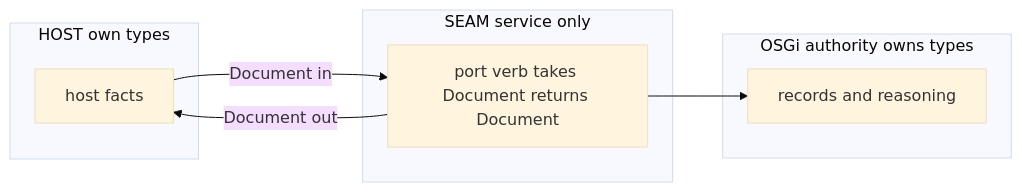
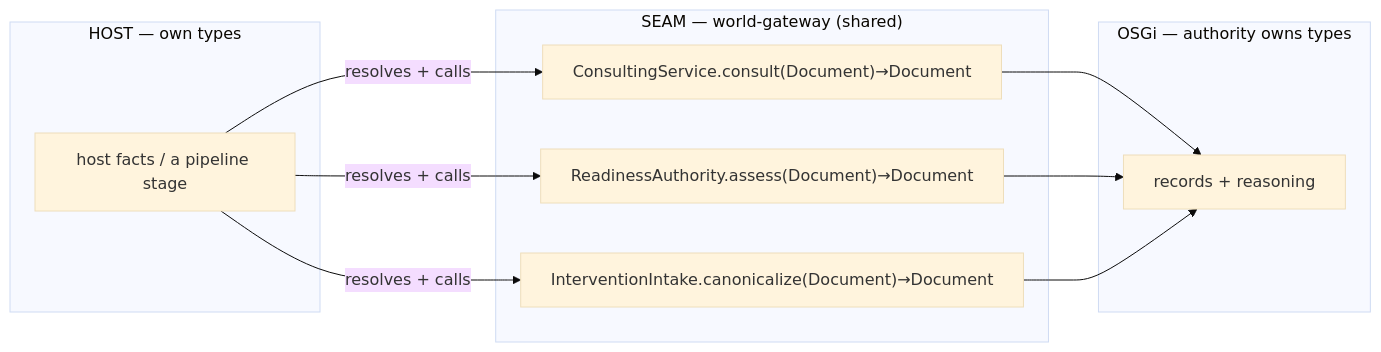
One commit to nxmatic/rke2lab changed the second of 7 diagrams in docs/architecture/osgi/world-gateway-spec.adoc. Above: the diagram before and after it, drawn with Mermaid (base theme). The commit also changed other lines of this file and 6 other files, not shown here.

```diff
--- a/docs/architecture/osgi/world-gateway-spec.adoc
+++ b/docs/architecture/osgi/world-gateway-spec.adoc
@@ -47,16 +89,21 @@
 [mermaid]
 ....
 flowchart LR
-  subgraph "HOST own types"
-    hm["host facts"]
+  subgraph host["HOST — own types"]
+    hm["host facts / a pipeline stage"]
   end
-  subgraph "SEAM service only"
-    svc["port verb takes Document returns Document"]
+  subgraph seam["SEAM — world-gateway (shared)"]
+    ca["ConsultingService.consult(Document)→Document"]
+    ra["ReadinessAuthority.assess(Document)→Document"]
+    ii["InterventionIntake.canonicalize(Document)→Document"]
   end
-  subgraph "OSGi authority owns types"
-    om["records and reasoning"]
+  subgraph osgi["OSGi — authority owns types"]
+    om["records + reasoning"]
   end
-  hm -->|Document in| svc
-  svc -->|Document out| hm
-  svc --> om
+  hm -->|resolves + calls| ca
+  hm -->|resolves + calls| ra
+  hm -->|resolves + calls| ii
+  ca --> om
+  ra --> om
+  ii --> om
 ....
```
